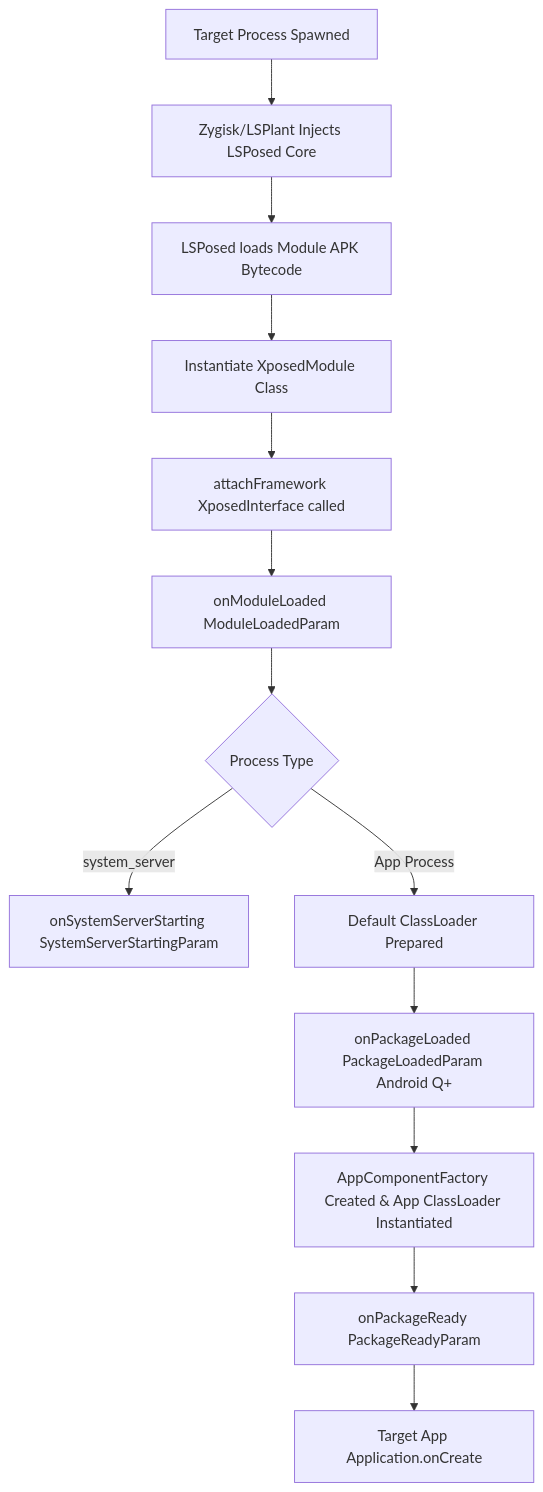
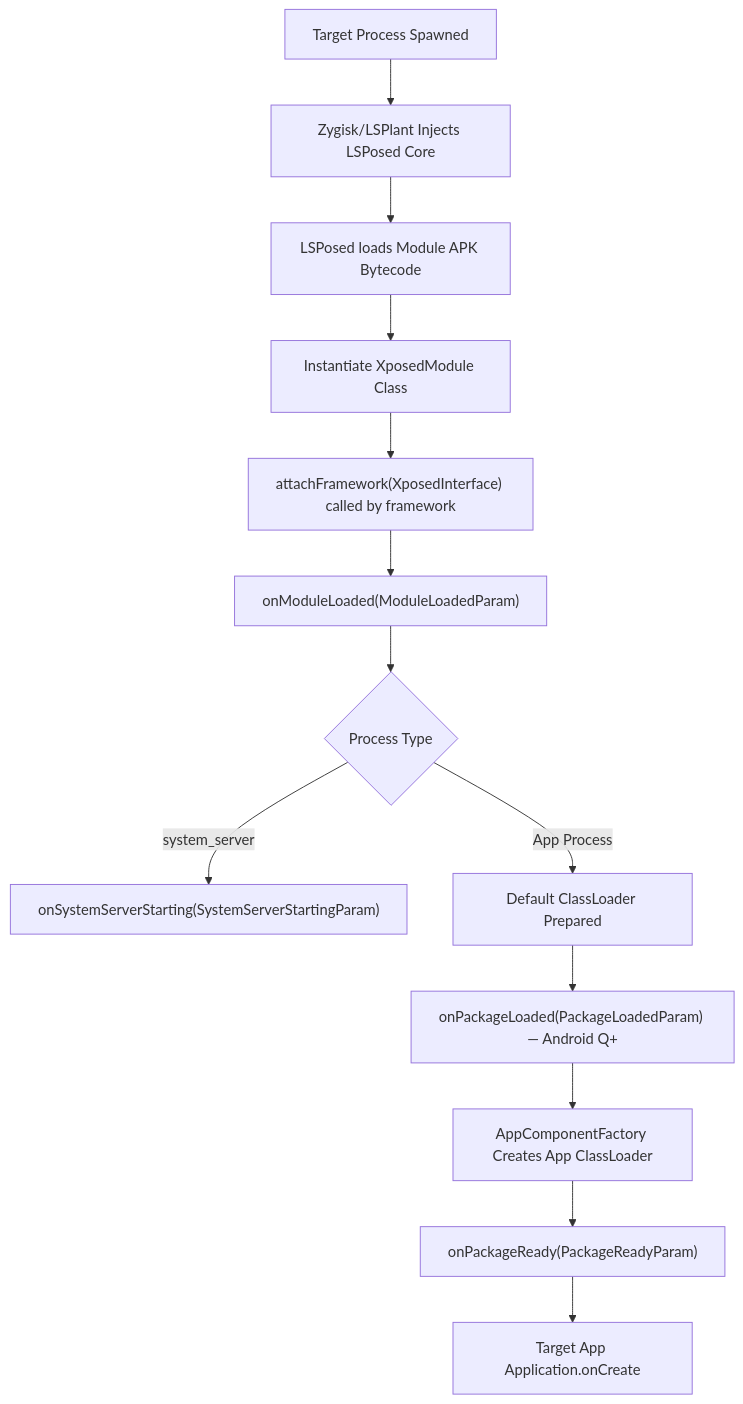
The first of 2 diagrams in references/hot_reloading_and_lifecycle.md (s1ddhants1/lsposed-libxposed), drawn with Mermaid before and after one commit. The commit also changed other lines of this file and 6 other files, not shown here.

````diff
--- a/references/hot_reloading_and_lifecycle.md
+++ b/references/hot_reloading_and_lifecycle.md
@@ -11,17 +14,17 @@
 ```mermaid
 flowchart TD
     A[Target Process Spawned] --> B[Zygisk/LSPlant Injects LSPosed Core]
     B --> C[LSPosed loads Module APK Bytecode]
     C --> D[Instantiate XposedModule Class]
-    D --> E[attachFramework XposedInterface called]
-    E --> F[onModuleLoaded ModuleLoadedParam]
-    
+    D --> E["attachFramework(XposedInterface) called by framework"]
+    E --> F["onModuleLoaded(ModuleLoadedParam)"]
+
     F --> G{Process Type}
-    G -->|system_server| H[onSystemServerStarting SystemServerStartingParam]
+    G -->|system_server| H["onSystemServerStarting(SystemServerStartingParam)"]
     G -->|App Process| I[Default ClassLoader Prepared]
-    
-    I --> J[onPackageLoaded PackageLoadedParam Android Q+]
-    J --> K[AppComponentFactory Created & App ClassLoader Instantiated]
-    K --> L[onPackageReady PackageReadyParam]
+
+    I --> J["onPackageLoaded(PackageLoadedParam) — Android Q+"]
+    J --> K[AppComponentFactory Creates App ClassLoader]
+    K --> L["onPackageReady(PackageReadyParam)"]
     L --> M[Target App Application.onCreate]
 ```
````
